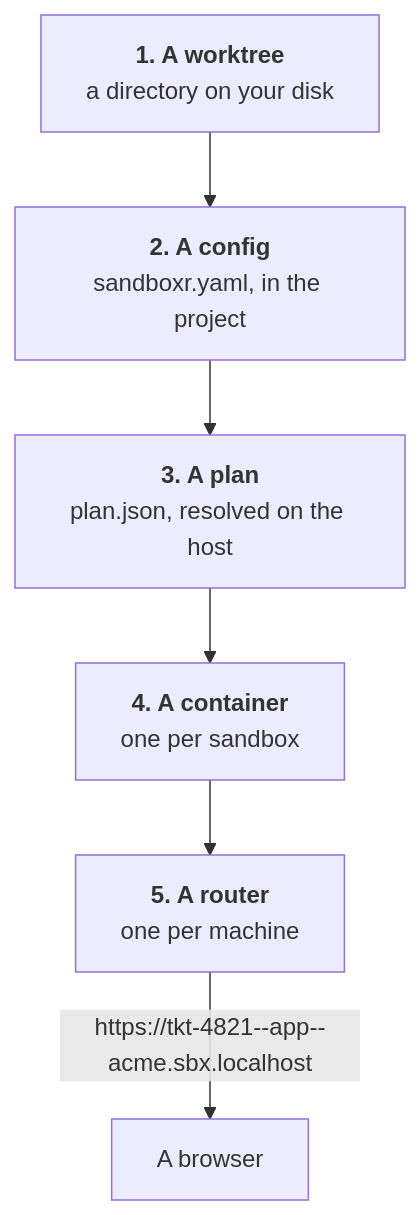
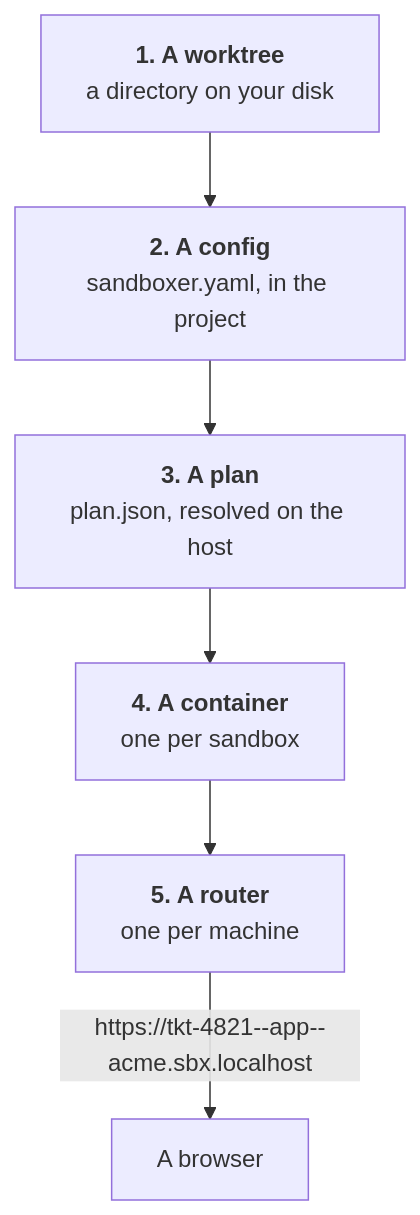
Before and after one commit to mattmoran56/sandboxer-core: the diagram in docs/how-it-works.md, drawn with Mermaid. The commit also changed other lines of this file and 215 other files, not shown here.

````diff
--- a/docs/how-it-works.md
+++ b/docs/how-it-works.md
@@ -9,10 +9,10 @@
 ```mermaid
 flowchart TB
   a["<b>1. A worktree</b><br/>a directory on your disk"]
-  b["<b>2. A config</b><br/>sandboxr.yaml, in the project"]
+  b["<b>2. A config</b><br/>sandboxer.yaml, in the project"]
   c["<b>3. A plan</b><br/>plan.json, resolved on the host"]
   d["<b>4. A container</b><br/>one per sandbox"]
   e["<b>5. A router</b><br/>one per machine"]
   a --> b --> c --> d --> e
   e -->|"https://tkt-4821--app--acme.sbx.localhost"| f["A browser"]
 ```
````
